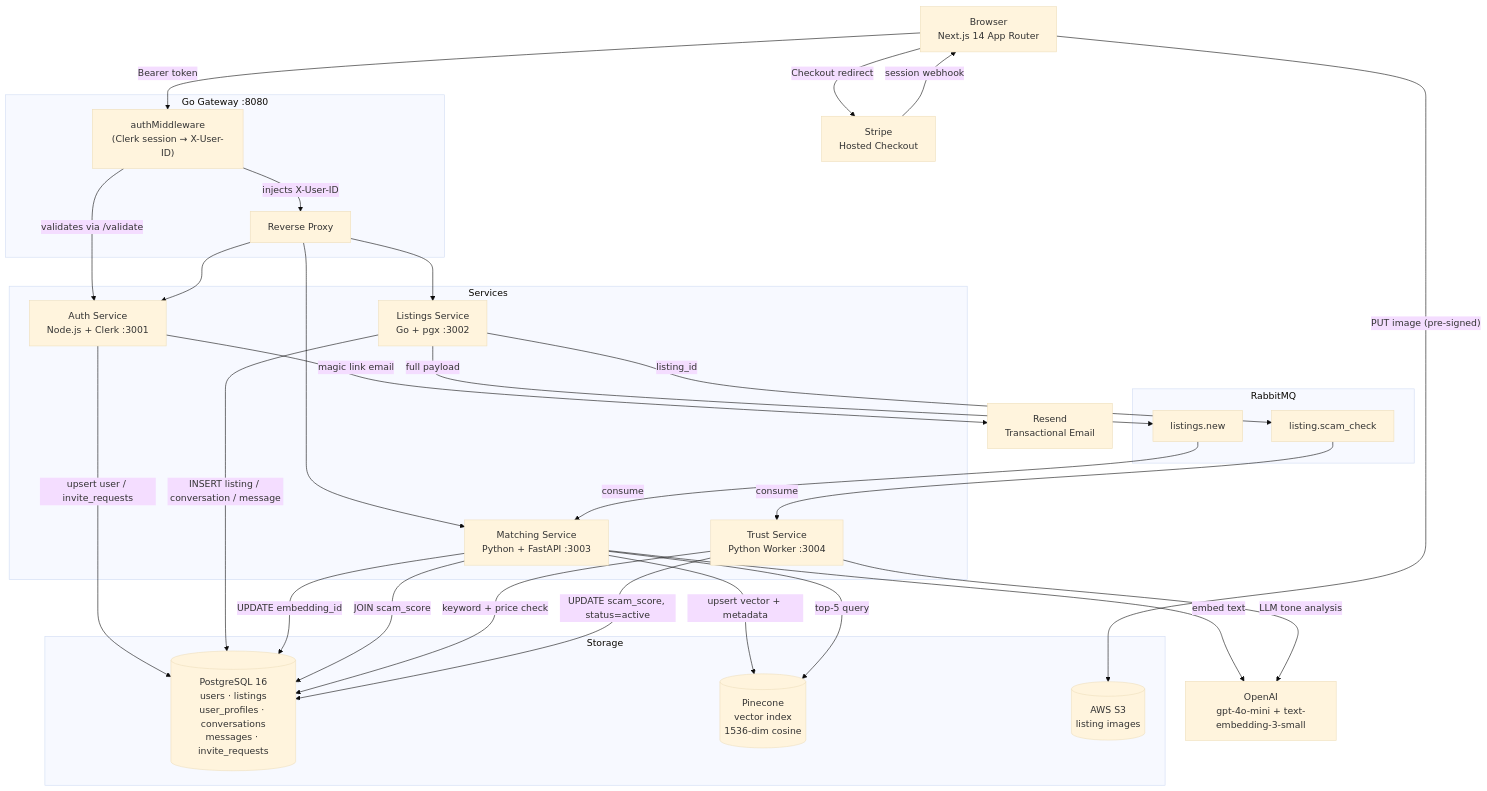
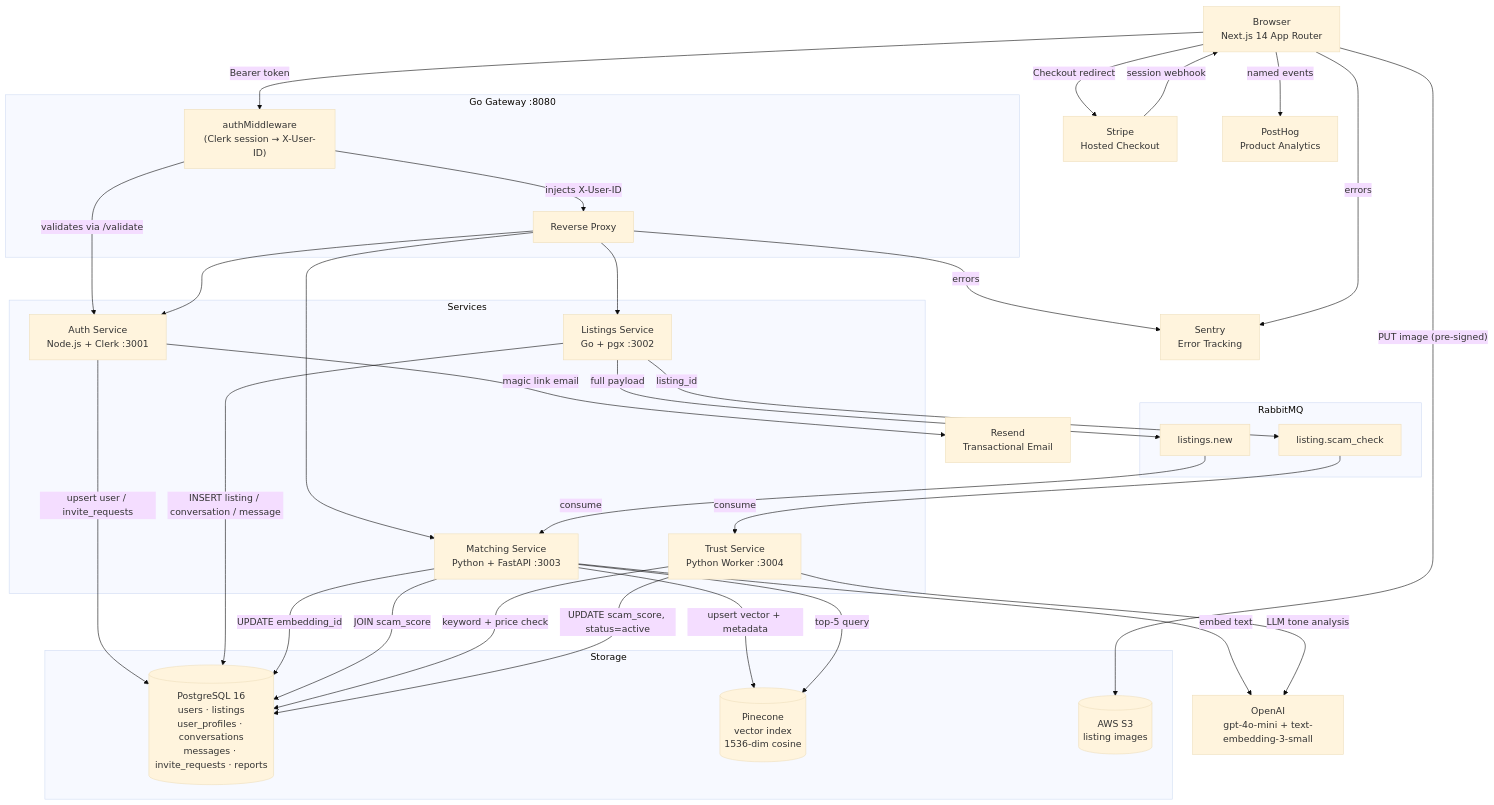
One commit to AarushPathak1/Subly changed the diagram in README.md. Above: the diagram before and after it, drawn with Mermaid (base theme). The commit also changed other lines of this file and 19 other files, not shown here.

First line of the commit message:
feat: pre-deployment hardening — reports feature, log redaction, schema-drift CI, viewing-response emails

````diff
--- a/README.md
+++ b/README.md
@@ -9,61 +9,67 @@
 ```mermaid
 graph TD
     Browser["Browser\nNext.js 14 App Router"]
 
     subgraph Gateway["Go Gateway :8080"]
         AUTH_MW["authMiddleware\n(Clerk session → X-User-ID)"]
         PROXY["Reverse Proxy"]
     end
 
     subgraph Services
         AUTH["Auth Service\nNode.js + Clerk :3001"]
         LISTINGS["Listings Service\nGo + pgx :3002"]
         MATCHING["Matching Service\nPython + FastAPI :3003"]
         TRUST["Trust Service\nPython Worker :3004"]
     end
 
     subgraph Queues["RabbitMQ"]
         Q1["listings.new"]
         Q2["listing.scam_check"]
     end
 
     subgraph Storage
-        PG[("PostgreSQL 16\nusers · listings\nuser_profiles · conversations\nmessages · invite_requests")]
+        PG[("PostgreSQL 16\nusers · listings\nuser_profiles · conversations\nmessages · invite_requests · reports")]
         PINECONE[("Pinecone\nvector index\n1536-dim cosine")]
         S3[("AWS S3\nlisting images")]
     end
 
     STRIPE["Stripe\nHosted Checkout"]
     RESEND["Resend\nTransactional Email"]
     OPENAI["OpenAI\ngpt-4o-mini + text-embedding-3-small"]
+    POSTHOG["PostHog\nProduct Analytics"]
+    SENTRY["Sentry\nError Tracking"]
 
     Browser -->|"Bearer token"| AUTH_MW
     AUTH_MW -->|"validates via /validate"| AUTH
     AUTH_MW -->|"injects X-User-ID"| PROXY
     PROXY --> AUTH
     PROXY --> LISTINGS
     PROXY --> MATCHING
 
     AUTH -->|"upsert user / invite_requests"| PG
     AUTH -->|"magic link email"| RESEND
 
     LISTINGS -->|"INSERT listing / conversation / message"| PG
     LISTINGS -->|"full payload"| Q1
     LISTINGS -->|"listing_id"| Q2
 
     Q1 -->|"consume"| MATCHING
     MATCHING -->|"embed text"| OPENAI
     MATCHING -->|"upsert vector + metadata"| PINECONE
     MATCHING -->|"UPDATE embedding_id"| PG
     MATCHING -->|"top-5 query"| PINECONE
     MATCHING -->|"JOIN scam_score"| PG
 
     Q2 -->|"consume"| TRUST
     TRUST -->|"keyword + price check"| PG
     TRUST -->|"LLM tone analysis"| OPENAI
     TRUST -->|"UPDATE scam_score, status=active"| PG
 
     Browser -->|"PUT image (pre-signed)"| S3
     Browser -->|"Checkout redirect"| STRIPE
     STRIPE -->|"session webhook"| Browser
+
+    Browser -->|"named events"| POSTHOG
+    PROXY -->|"errors"| SENTRY
+    Browser -->|"errors"| SENTRY
 ```
````
